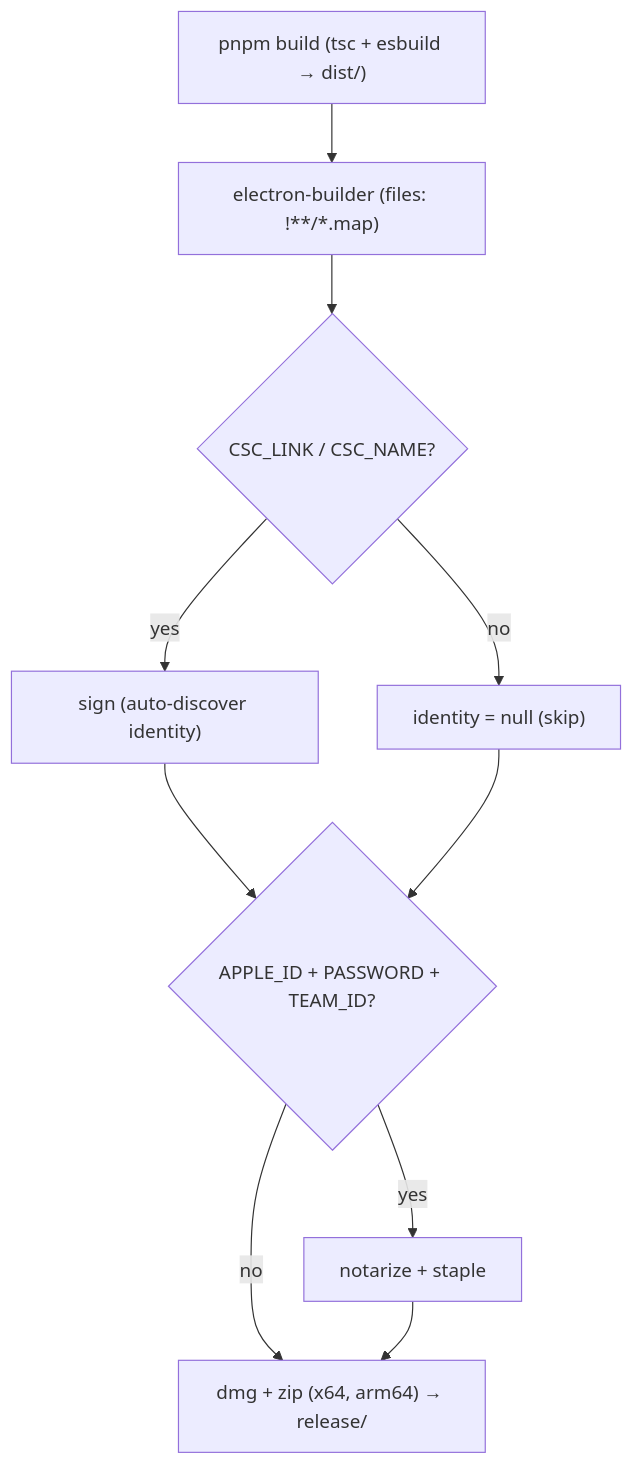
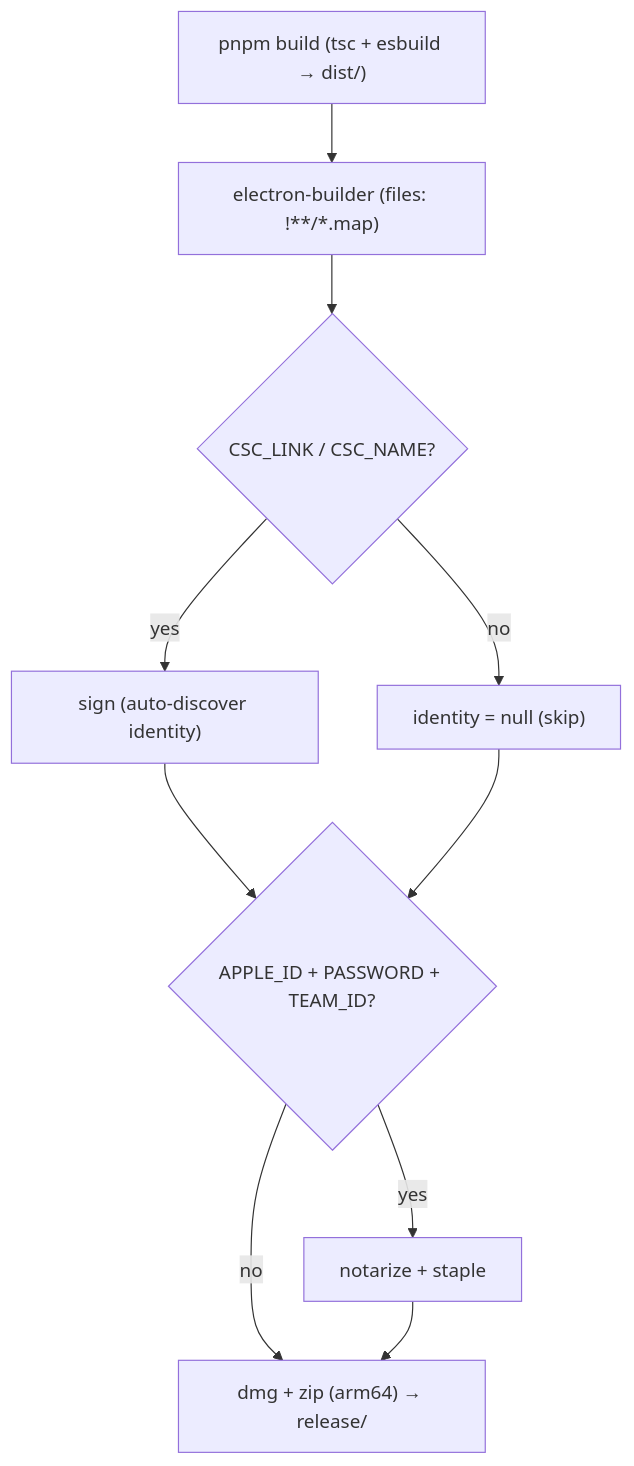
Before and after one commit to tangentlin/burnbar: the diagram in docs/modules/packaging.md, drawn with Mermaid. The commit also changed other lines of this file and 11 other files, not shown here.

````diff
--- a/docs/modules/packaging.md
+++ b/docs/modules/packaging.md
@@ -32,12 +32,12 @@
 ```mermaid
 flowchart TD
     build["pnpm build (tsc + esbuild → dist/)"] --> eb["electron-builder (files: !**/*.map)"]
     eb --> sign{"CSC_LINK / CSC_NAME?"}
     sign -- yes --> signed["sign (auto-discover identity)"]
     sign -- no --> unsigned["identity = null (skip)"]
     signed --> notar{"APPLE_ID + PASSWORD + TEAM_ID?"}
     unsigned --> notar
     notar -- yes --> stapled["notarize + staple"]
-    notar -- no --> done["dmg + zip (x64, arm64) → release/"]
+    notar -- no --> done["dmg + zip (arm64) → release/"]
     stapled --> done
 ```
````
